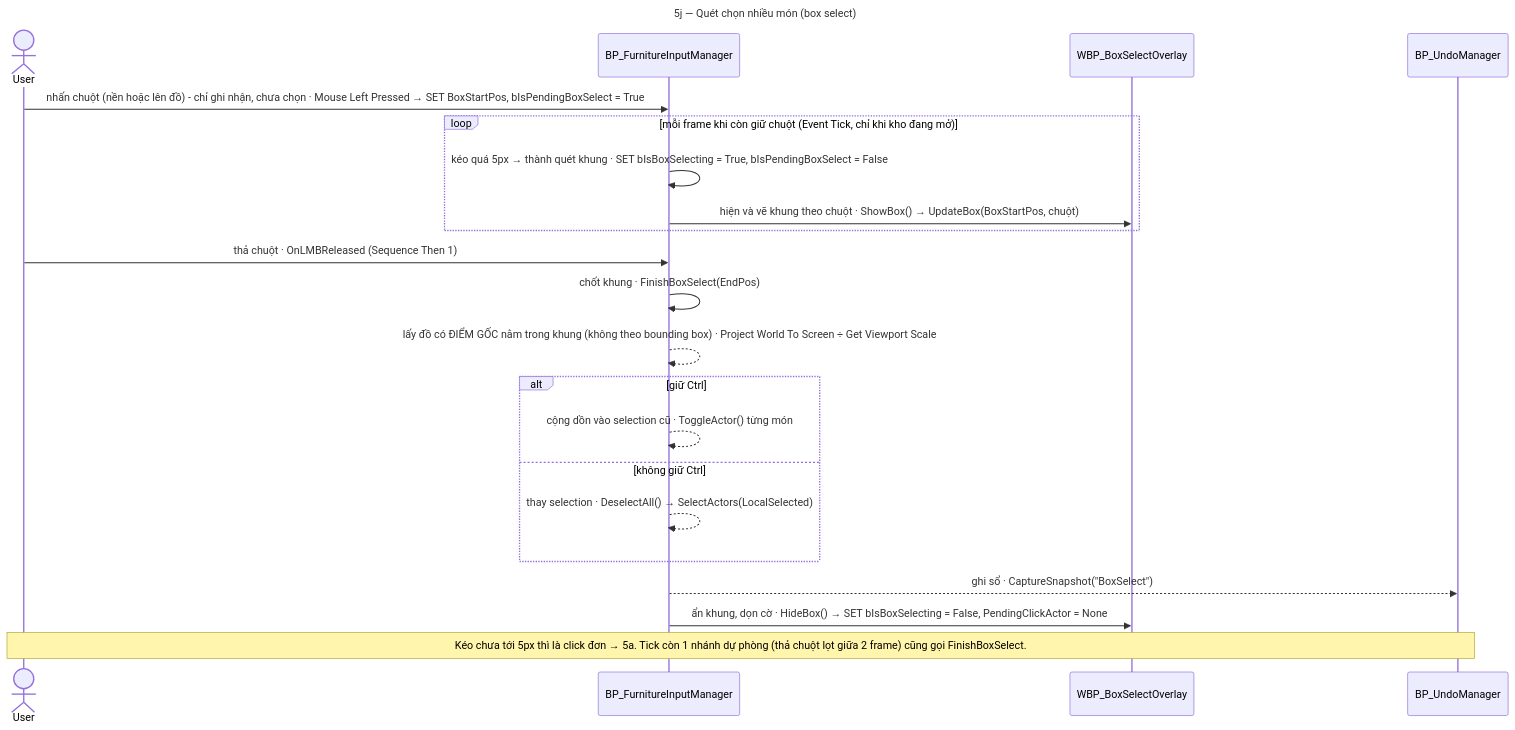
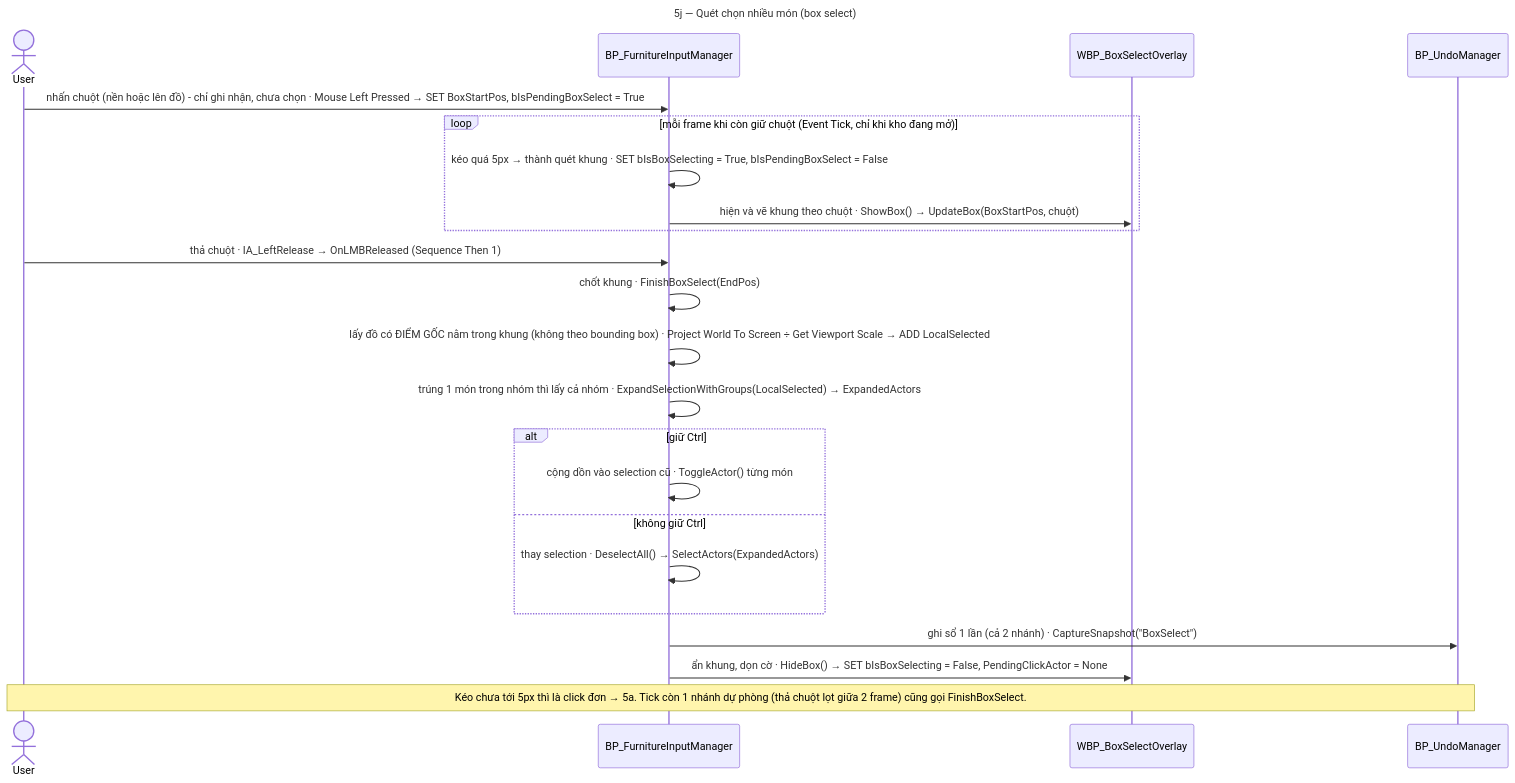
One commit to olivercu04/UE5_InteriorTool_Docs changed diagram 16 of 26 in docs/00_Core/Architecture_Map.md. Above: the diagram before and after it, drawn with Mermaid. The commit also changed other lines of this file and 37 other files, not shown here.

````diff
--- a/docs/00_Core/Architecture_Map.md
+++ b/docs/00_Core/Architecture_Map.md
@@ -1197,26 +1220,27 @@
 ```mermaid
 ---
 title: "5j — Quét chọn nhiều món (box select)"
 ---
 sequenceDiagram
   actor U as User
   participant IM as BP_FurnitureInputManager
   participant BX as WBP_BoxSelectOverlay
   participant UM as BP_UndoManager
   U->>IM: nhấn chuột (nền hoặc lên đồ) - chỉ ghi nhận, chưa chọn · Mouse Left Pressed → SET BoxStartPos, bIsPendingBoxSelect = True
   loop mỗi frame khi còn giữ chuột (Event Tick, chỉ khi kho đang mở)
     IM->>IM: kéo quá 5px → thành quét khung · SET bIsBoxSelecting = True, bIsPendingBoxSelect = False
     IM->>BX: hiện và vẽ khung theo chuột · ShowBox() → UpdateBox(BoxStartPos, chuột)
   end
-  U->>IM: thả chuột · OnLMBReleased (Sequence Then 1)
+  U->>IM: thả chuột · IA_LeftRelease → OnLMBReleased (Sequence Then 1)
   IM->>IM: chốt khung · FinishBoxSelect(EndPos)
-  IM-->>IM: lấy đồ có ĐIỂM GỐC nằm trong khung (không theo bounding box) · Project World To Screen ÷ Get Viewport Scale
+  IM->>IM: lấy đồ có ĐIỂM GỐC nằm trong khung (không theo bounding box) · Project World To Screen ÷ Get Viewport Scale → ADD LocalSelected
+  IM->>IM: trúng 1 món trong nhóm thì lấy cả nhóm · ExpandSelectionWithGroups(LocalSelected) → ExpandedActors
   alt giữ Ctrl
-    IM-->>IM: cộng dồn vào selection cũ · ToggleActor() từng món
+    IM->>IM: cộng dồn vào selection cũ · ToggleActor() từng món
   else không giữ Ctrl
-    IM-->>IM: thay selection · DeselectAll() → SelectActors(LocalSelected)
+    IM->>IM: thay selection · DeselectAll() → SelectActors(ExpandedActors)
   end
-  IM-->>UM: ghi sổ · CaptureSnapshot("BoxSelect")
+  IM->>UM: ghi sổ 1 lần (cả 2 nhánh) · CaptureSnapshot("BoxSelect")
   IM->>BX: ẩn khung, dọn cờ · HideBox() → SET bIsBoxSelecting = False, PendingClickActor = None
   Note over U,UM: Kéo chưa tới 5px thì là click đơn → 5a. Tick còn 1 nhánh dự phòng (thả chuột lọt giữa 2 frame) cũng gọi FinishBoxSelect.
 ```
````
